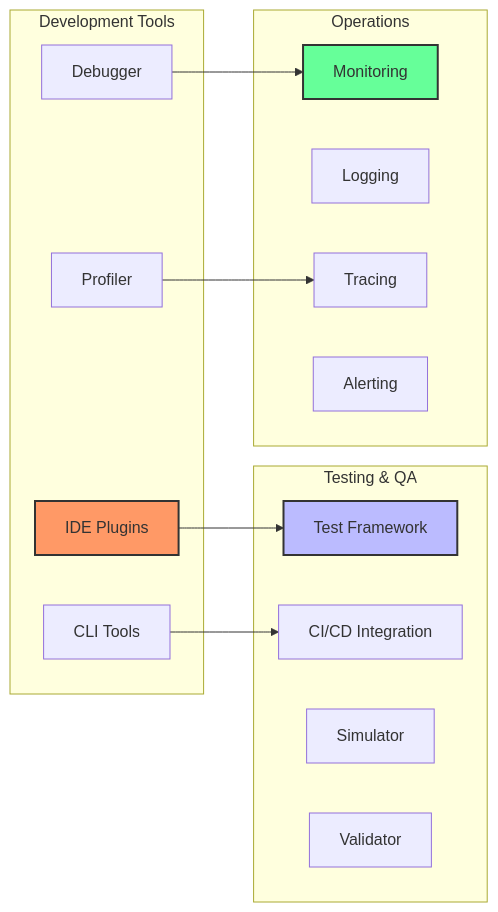
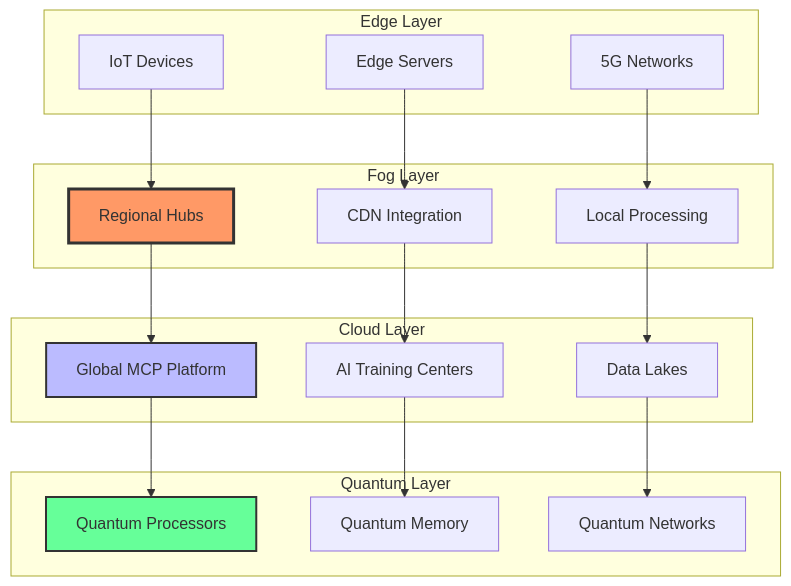
Before and after one commit to felipepimentel/my-public-notes: the fifth of 10 diagrams in docs/AI/Comunicação/MCP/16-mcp-analise preditiva.md, drawn with Mermaid. The commit also changed other lines of this file and 2 other files, not shown here.

````diff
--- a/docs/AI/Comunicação/MCP/16-mcp-analise preditiva.md
+++ b/docs/AI/Comunicação/MCP/16-mcp-analise preditiva.md
@@ -308,32 +192,34 @@
 ```mermaid
-graph LR
-    subgraph "Development Tools"
-        IDE[IDE Plugins]
-        CLI[CLI Tools]
-        DBG[Debugger]
-        PRF[Profiler]
+graph TD
+    subgraph "Edge Layer"
+        E1[IoT Devices]
+        E2[Edge Servers]
+        E3[5G Networks]
     end
     
-    subgraph "Testing & QA"
-        TST[Test Framework]
-        CIT[CI/CD Integration]
-        SIM[Simulator]
-        VAL[Validator]
+    subgraph "Fog Layer"
+        F1[Regional Hubs]
+        F2[CDN Integration]
+        F3[Local Processing]
     end
     
-    subgraph "Operations"
-        MON[Monitoring]
-        LOG[Logging]
-        TRC[Tracing]
-        ALT[Alerting]
+    subgraph "Cloud Layer"
+        C1[Global MCP Platform]
+        C2[AI Training Centers]
+        C3[Data Lakes]
     end
     
-    IDE --> TST
-    CLI --> CIT
-    DBG --> MON
-    PRF --> TRC
+    subgraph "Quantum Layer"
+        Q1[Quantum Processors]
+        Q2[Quantum Memory]
+        Q3[Quantum Networks]
+    end
     
-    style IDE fill:#f96,stroke:#333,stroke-width:2px
-    style TST fill:#bbf,stroke:#333,stroke-width:2px
-    style MON fill:#6f9,stroke:#333,stroke-width:2px
+    E1 --> F1 --> C1 --> Q1
+    E2 --> F2 --> C2 --> Q2
+    E3 --> F3 --> C3 --> Q3
+    
+    style F1 fill:#f96,stroke:#333,stroke-width:3px
+    style C1 fill:#bbf,stroke:#333,stroke-width:2px
+    style Q1 fill:#6f9,stroke:#333,stroke-width:2px
 ```
````
